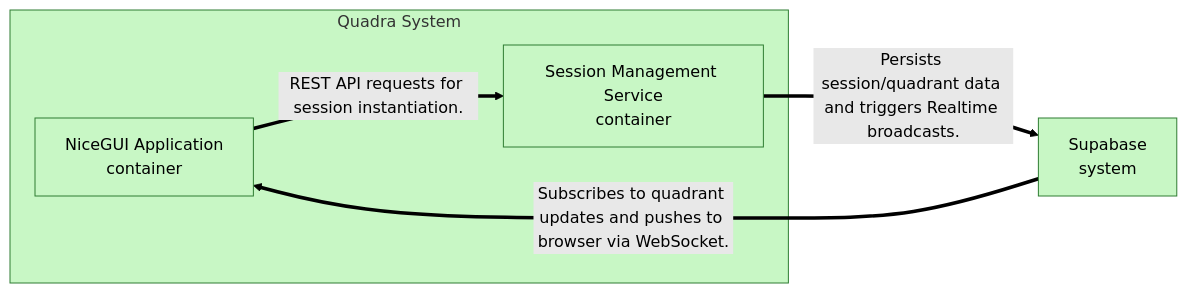
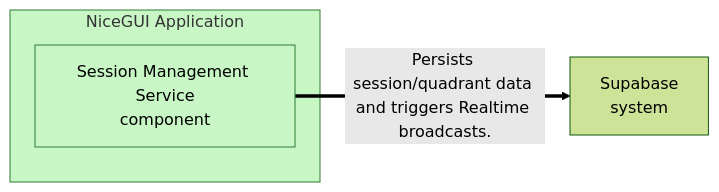
Before and after one commit to marsie-labs/quadra: the third of 3 diagrams in docs/specs/SPEC-0001.md, drawn with Mermaid (forest theme). The commit also changed other lines of this file, not shown here.

````diff
--- a/docs/specs/SPEC-0001.md
+++ b/docs/specs/SPEC-0001.md
@@ -84,18 +102,13 @@
 ```mermaid
 flowchart LR
 classDef added fill:#c8f7c5,stroke:#2e7d32
 classDef changed fill:#fff3b0,stroke:#b59f00
 classDef removed fill:#f8c8c8,stroke:#c62828
-subgraph quadra_system["Quadra System"]
-  quadra_app["NiceGUI Application<br/>container"]
-  session_service["Session Management Service<br/>container"]
+subgraph quadra_app["NiceGUI Application"]
+  session_service["Session Management Service<br/>component"]
 end
 supabase["Supabase<br/>system"]
-quadra_app ==>|REST API requests for session instantiation.| session_service
 session_service ==>|Persists session/quadrant data and triggers Realtime broadcasts.| supabase
-supabase ==>|Subscribes to quadrant updates and pushes to browser via WebSocket.| quadra_app
-class quadra_system added
 class quadra_app added
 class session_service added
-class supabase added
 ```
````
